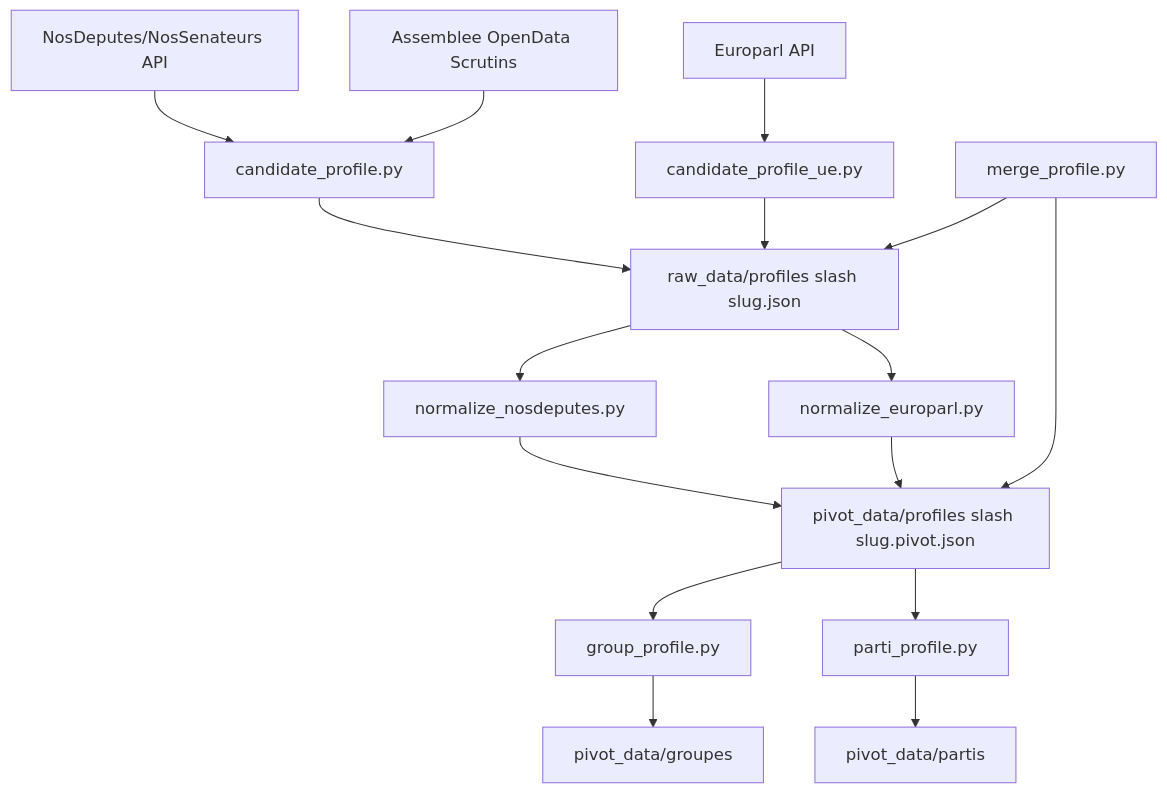
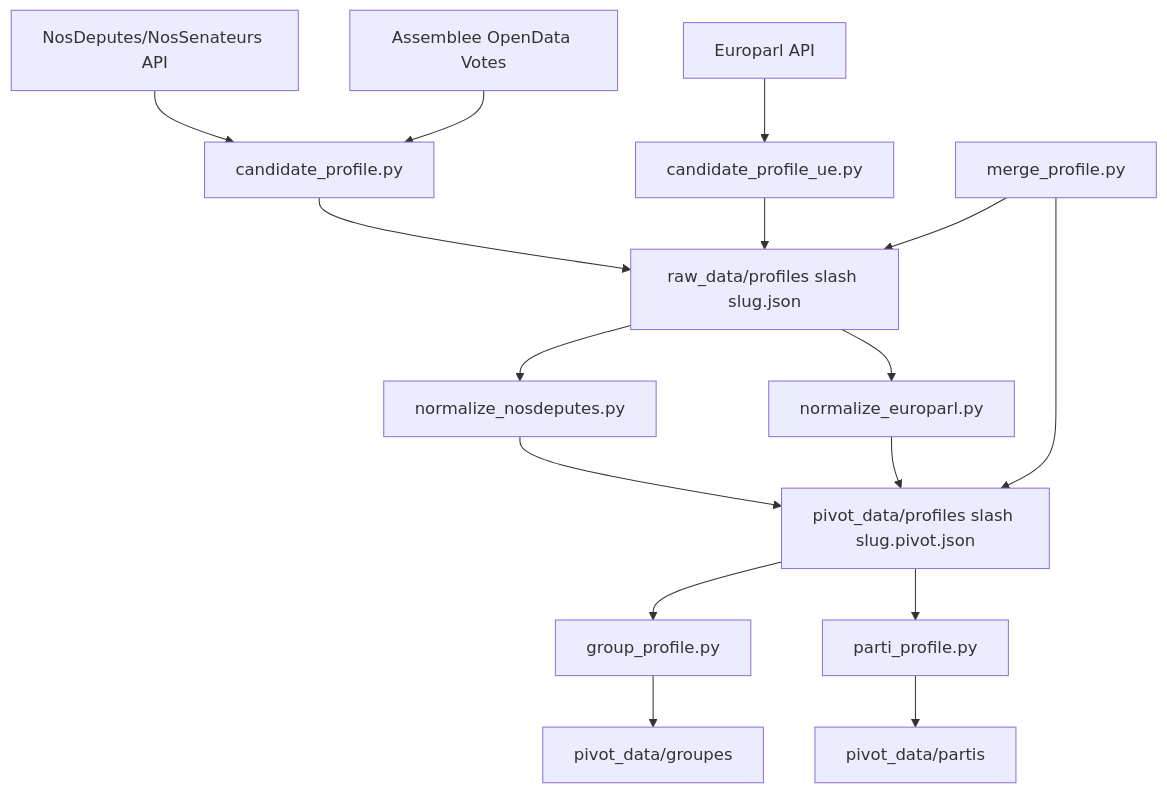
The sixth of 6 diagrams in docs/schema_donnees_transformations.md (stephieED/Empreinte-politique-src), drawn with Mermaid before and after one commit. The commit also changed other lines of this file and 32 other files, not shown here.

````diff
--- a/docs/schema_donnees_transformations.md
+++ b/docs/schema_donnees_transformations.md
@@ -256,22 +257,22 @@
 ```mermaid
 flowchart TD
   A1[NosDeputes/NosSenateurs API] --> B1[candidate_profile.py]
-  A2[Assemblee OpenData Scrutins] --> B1
+  A2[Assemblee OpenData Votes] --> B1
   A3[Europarl API] --> B2[candidate_profile_ue.py]
 
   B1 --> C1[raw_data/profiles slash slug.json]
   B2 --> C1
 
   C1 --> D1[normalize_nosdeputes.py]
   C1 --> D2[normalize_europarl.py]
   D1 --> E1[pivot_data/profiles slash slug.pivot.json]
   D2 --> E1
 
   E1 --> F1[group_profile.py]
   E1 --> F2[parti_profile.py]
   F1 --> G1[pivot_data/groupes]
   F2 --> G2[pivot_data/partis]
 
   H1[merge_profile.py] --> C1
   H1 --> E1
 ```
````
